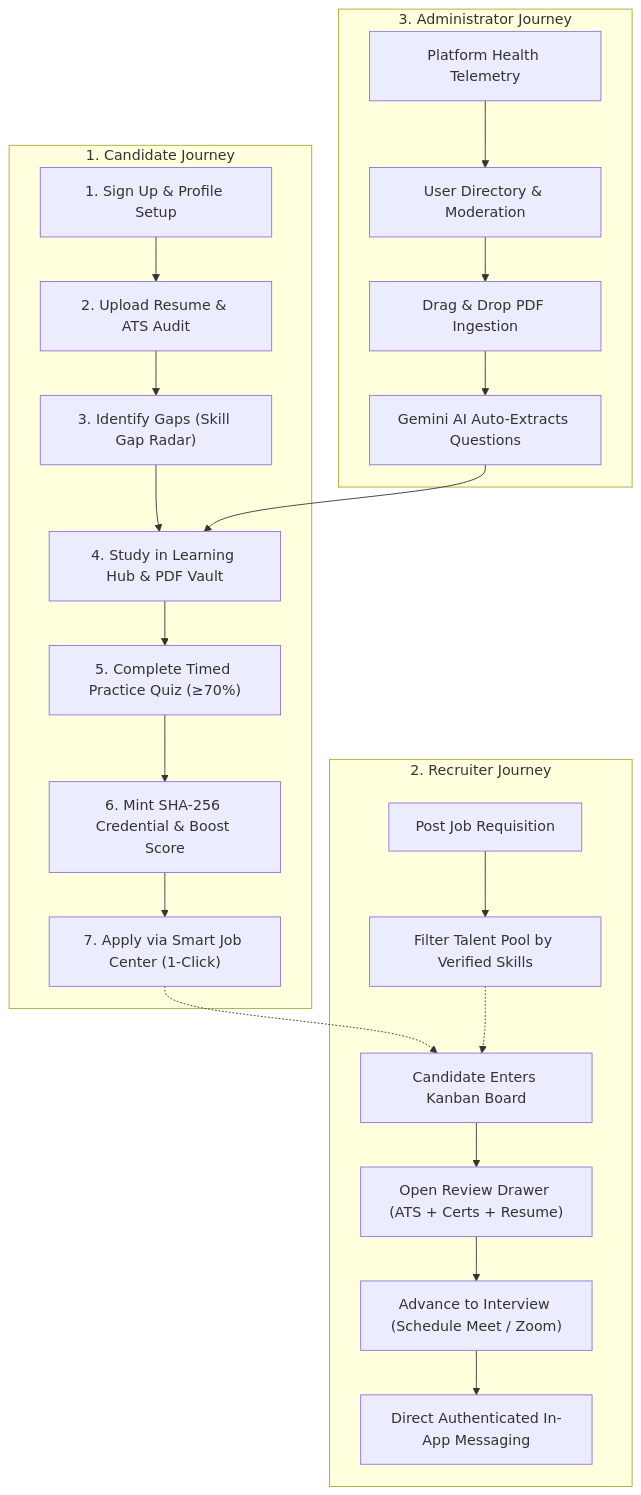
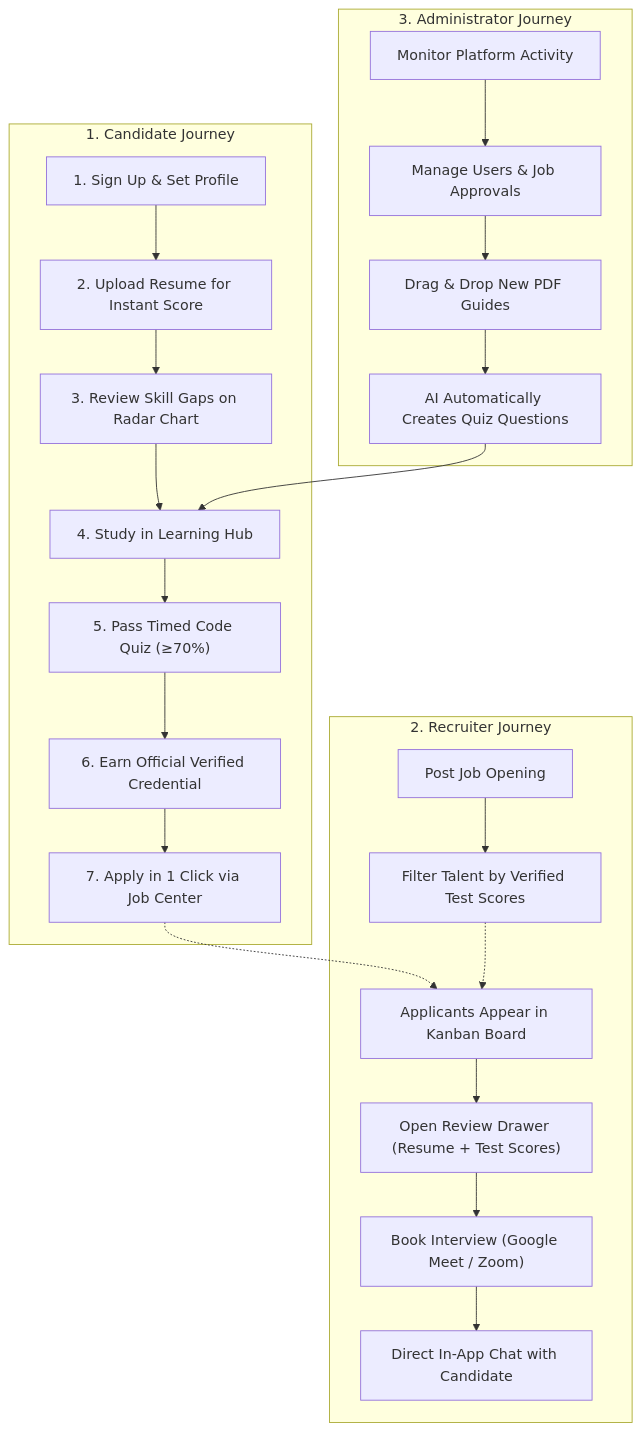
The diagram in doc/CLIENT_MVP_DELIVERY_AND_HANDOVER_SPEC.md (Himanshu-20002/SKILLEZO.AI), drawn with Mermaid before and after one commit. The commit also changed other lines of this file, not shown here.

````diff
--- a/doc/CLIENT_MVP_DELIVERY_AND_HANDOVER_SPEC.md
+++ b/doc/CLIENT_MVP_DELIVERY_AND_HANDOVER_SPEC.md
@@ -56,27 +58,27 @@
 ```mermaid
 graph TD
     subgraph 1. Candidate Journey
-        A["1. Sign Up & Profile Setup"] --> B["2. Upload Resume & ATS Audit"]
-        B --> C["3. Identify Gaps (Skill Gap Radar)"]
-        C --> D["4. Study in Learning Hub & PDF Vault"]
-        D --> E["5. Complete Timed Practice Quiz (≥70%)"]
-        E --> F["6. Mint SHA-256 Credential & Boost Score"]
-        F --> G["7. Apply via Smart Job Center (1-Click)"]
+        A["1. Sign Up & Set Profile"] --> B["2. Upload Resume for Instant Score"]
+        B --> C["3. Review Skill Gaps on Radar Chart"]
+        C --> D["4. Study in Learning Hub"]
+        D --> E["5. Pass Timed Code Quiz (≥70%)"]
+        E --> F["6. Earn Official Verified Credential"]
+        F --> G["7. Apply in 1 Click via Job Center"]
     end
 
     subgraph 2. Recruiter Journey
-        H["Post Job Requisition"] --> I["Filter Talent Pool by Verified Skills"]
-        G -.-> J["Candidate Enters Kanban Board"]
+        H["Post Job Opening"] --> I["Filter Talent by Verified Test Scores"]
+        G -.-> J["Applicants Appear in Kanban Board"]
         I -.-> J
-        J --> K["Open Review Drawer (ATS + Certs + Resume)"]
-        K --> L["Advance to Interview (Schedule Meet / Zoom)"]
-        L --> M["Direct Authenticated In-App Messaging"]
+        J --> K["Open Review Drawer (Resume + Test Scores)"]
+        K --> L["Book Interview (Google Meet / Zoom)"]
+        L --> M["Direct In-App Chat with Candidate"]
     end
 
     subgraph 3. Administrator Journey
-        N["Platform Health Telemetry"] --> O["User Directory & Moderation"]
-        O --> P["Drag & Drop PDF Ingestion"]
-        P --> Q["Gemini AI Auto-Extracts Questions"]
+        N["Monitor Platform Activity"] --> O["Manage Users & Job Approvals"]
+        O --> P["Drag & Drop New PDF Guides"]
+        P --> Q["AI Automatically Creates Quiz Questions"]
         Q --> D
     end
 ```
````
